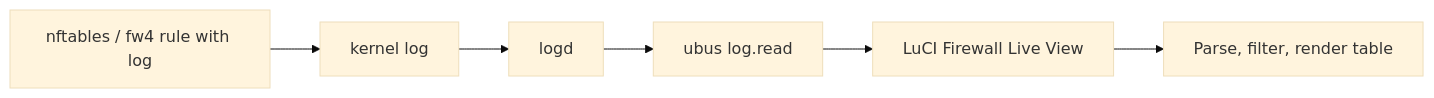
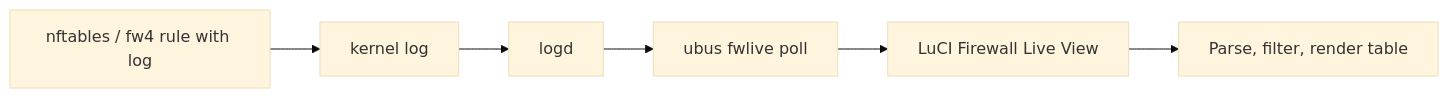
The diagram in docs/user/overview.md (lucas-albers-lz4/fwlive), drawn with Mermaid (base theme) before and after one commit. The commit also changed other lines of this file and 10 other files, not shown here.

````diff
--- a/docs/user/overview.md
+++ b/docs/user/overview.md
@@ -30,8 +30,8 @@
 ```mermaid
 flowchart LR
   A[nftables / fw4 rule with log] --> B[kernel log]
   B --> C[logd]
-  C --> D[ubus log.read]
+  C --> D["ubus fwlive poll"]
   D --> E[LuCI Firewall Live View]
   E --> F[Parse, filter, render table]
 ```
````
